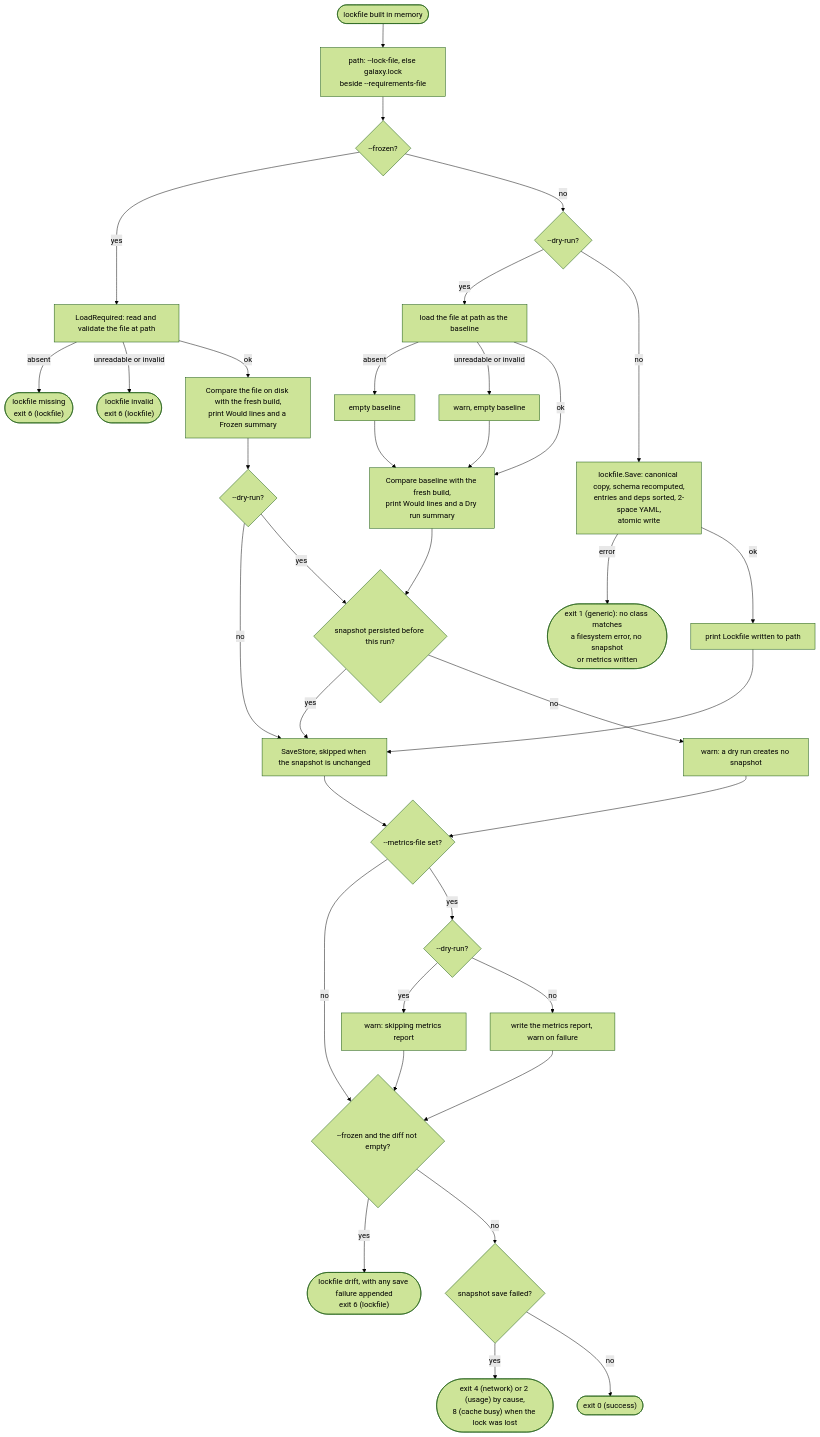
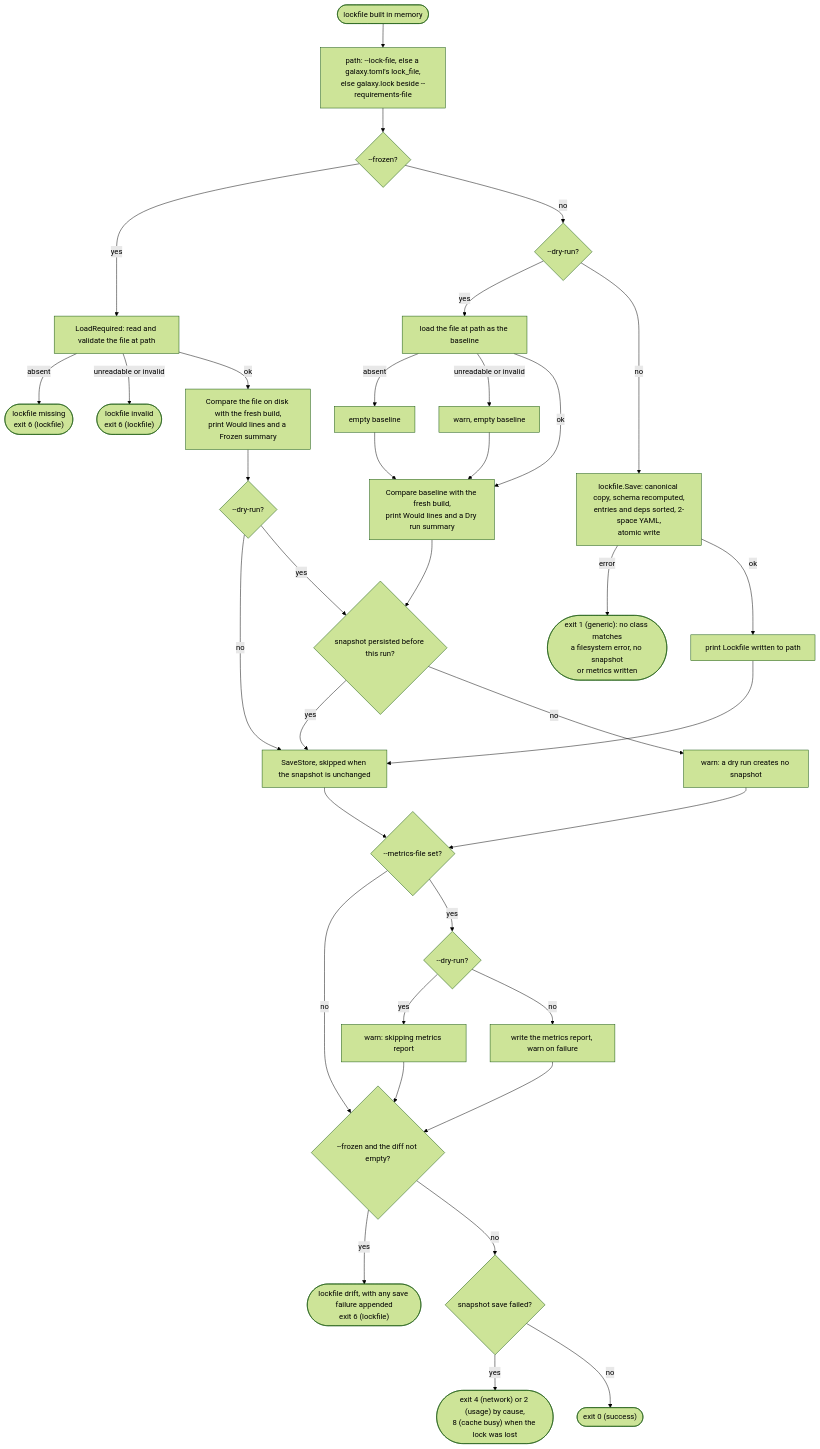
One commit to greeddj/go-galaxy changed diagram 23 of 49 in docs/commands.md. Above: the diagram before and after it, drawn with Mermaid (forest theme). The commit also changed other lines of this file and 42 other files, not shown here.

````diff
--- a/docs/commands.md
+++ b/docs/commands.md
@@ -1166,38 +1219,38 @@
 ```mermaid
 flowchart TD
-    IN(["lockfile built in memory"]) --> PA["path: --lock-file, else galaxy.lock<br/>beside --requirements-file"]
+    IN(["lockfile built in memory"]) --> PA["path: --lock-file, else a galaxy.toml's lock_file,<br/>else galaxy.lock beside --requirements-file"]
     PA --> FR{"--frozen?"}
     FR -->|"yes"| LR["LoadRequired: read and validate the file at path"]
     LR -->|"absent"| XM(["lockfile missing<br/>exit 6 (lockfile)"])
     LR -->|"unreadable or invalid"| XI(["lockfile invalid<br/>exit 6 (lockfile)"])
     LR -->|"ok"| CF["Compare the file on disk with the fresh build,<br/>print Would lines and a Frozen summary"]
     CF --> SD{"--dry-run?"}
     SD -->|"no"| SS
     SD -->|"yes"| WP
     FR -->|"no"| DR{"--dry-run?"}
     DR -->|"yes"| BL["load the file at path as the baseline"]
     BL -->|"absent"| BN["empty baseline"]
     BL -->|"unreadable or invalid"| BW["warn, empty baseline"]
     BL -->|"ok"| CD
     BN --> CD
     BW --> CD["Compare baseline with the fresh build,<br/>print Would lines and a Dry run summary"]
     CD --> WP{"snapshot persisted before this run?"}
     WP -->|"yes"| SS
     WP -->|"no"| WW["warn: a dry run creates no snapshot"]
     DR -->|"no"| SA["lockfile.Save: canonical copy, schema recomputed,<br/>entries and deps sorted, 2-space YAML,<br/>atomic write"]
     SA -->|"error"| XW(["exit 1 (generic): no class matches<br/>a filesystem error, no snapshot<br/>or metrics written"])
     SA -->|"ok"| OK1["print Lockfile written to path"]
     OK1 --> SS["SaveStore, skipped when the snapshot is unchanged"]
     SS --> MF
     WW --> MF{"--metrics-file set?"}
     MF -->|"no"| DF
     MF -->|"yes"| MD{"--dry-run?"}
     MD -->|"yes"| MW["warn: skipping metrics report"]
     MD -->|"no"| MR["write the metrics report, warn on failure"]
     MW --> DF
     MR --> DF{"--frozen and the diff not empty?"}
     DF -->|"yes"| XD(["lockfile drift, with any save failure appended<br/>exit 6 (lockfile)"])
     DF -->|"no"| SF{"snapshot save failed?"}
     SF -->|"yes"| XS(["exit 4 (network) or 2 (usage) by cause,<br/>8 (cache busy) when the lock was lost"])
     SF -->|"no"| X0(["exit 0 (success)"])
 ```
````
